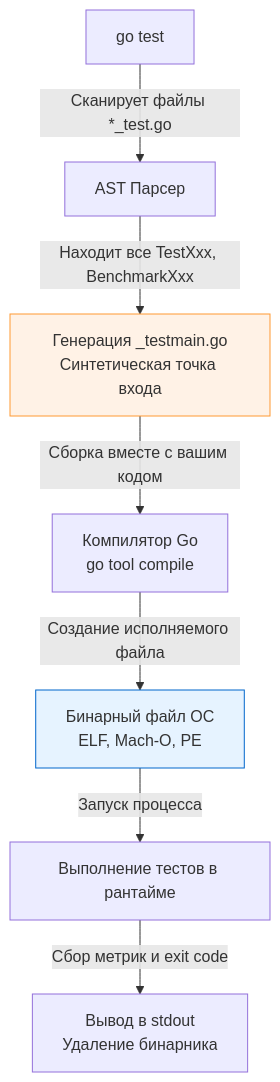
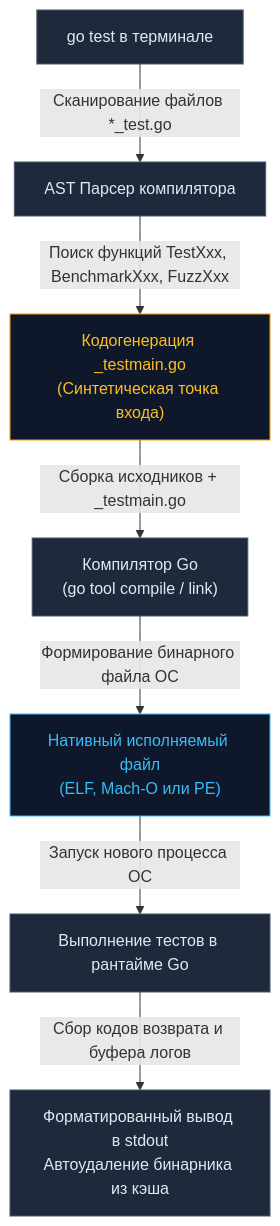
The first of 2 diagrams in sources/15. Тестирование в Go (QA & Testing)/02. testing пакет/1. testing пакет. Основы.md (UnrealTemplier/go-textbook), drawn with Mermaid before and after one commit. The commit also changed other lines of this file, not shown here.

````diff
--- a/sources/15. Тестирование в Go (QA & Testing)/02. testing пакет/1. testing пакет. Основы.md
+++ b/sources/15. Тестирование в Go (QA & Testing)/02. testing пакет/1. testing пакет. Основы.md
@@ -40,12 +45,17 @@
 ```mermaid
 flowchart TD
-    A["go test"] -->|"Сканирует файлы *_test.go"| B["AST Парсер"]
-    B -->|"Находит все TestXxx, BenchmarkXxx"| C["Генерация _testmain.go<br>Синтетическая точка входа"]
-    C -->|"Сборка вместе с вашим кодом"| D["Компилятор Go<br>go tool compile"]
-    D -->|"Создание исполняемого файла"| E["Бинарный файл ОС<br>ELF, Mach-O, PE"]
-    E -->|"Запуск процесса"| F["Выполнение тестов в рантайме"]
-    F -->|"Сбор метрик и exit code"| G["Вывод в stdout<br>Удаление бинарника"]
+    A["go test в терминале"] -->|"Сканирование файлов *_test.go"| B["AST Парсер компилятора"]
+    B -->|"Поиск функций TestXxx, BenchmarkXxx, FuzzXxx"| C["Кодогенерация _testmain.go<br/>(Синтетическая точка входа)"]
+    C -->|"Сборка исходников + _testmain.go"| D["Компилятор Go<br/>(go tool compile / link)"]
+    D -->|"Формирование бинарного файла ОС"| E["Нативный исполняемый файл<br/>(ELF, Mach-O или PE)"]
+    E -->|"Запуск нового процесса ОС"| F["Выполнение тестов в рантайме Go"]
+    F -->|"Сбор кодов возврата и буфера логов"| G["Форматированный вывод в stdout<br/>Автоудаление бинарника из кэша"]
+
+    classDef proc fill:#1e293b,stroke:#475569,stroke-width:1px,color:#e2e8f0;
+    classDef gen fill:#0f172a,stroke:#f59e0b,stroke-width:1px,color:#fbbf24;
+    classDef bin fill:#0f172a,stroke:#38bdf8,stroke-width:1px,color:#38bdf8;
     
-    style C fill:#fff2e6,stroke:#ff9933
-    style E fill:#e6f3ff,stroke:#0066cc
+    class A,B,D,F,G proc;
+    class C gen;
+    class E bin;
 ```
````
